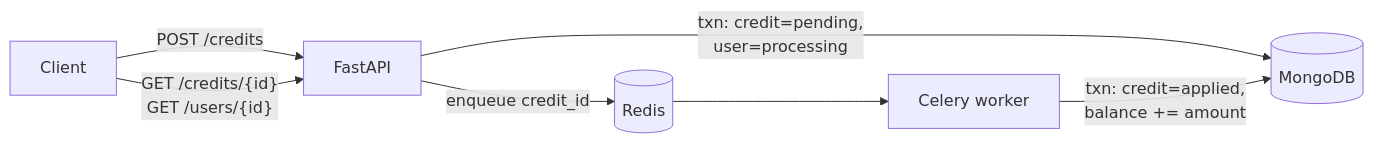
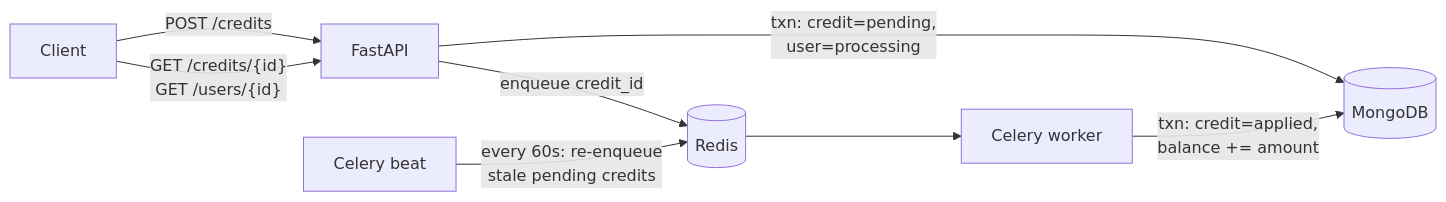
Before and after one commit to celeste-morrison/credit-service: the diagram in README.md, drawn with Mermaid. The commit also changed other lines of this file, not shown here.

````diff
--- a/README.md
+++ b/README.md
@@ -5,9 +5,10 @@
 ```mermaid
 flowchart LR
     C[Client] -- "POST /credits" --> A[FastAPI]
     A -- "txn: credit=pending,<br/>user=processing" --> M[(MongoDB)]
     A -- "enqueue credit_id" --> R[(Redis)]
     R --> W[Celery worker]
     W -- "txn: credit=applied,<br/>balance += amount" --> M
+    B[Celery beat] -- "every 60s: re-enqueue<br/>stale pending credits" --> R
     C -- "GET /credits/{id}<br/>GET /users/{id}" --> A
 ```
````
